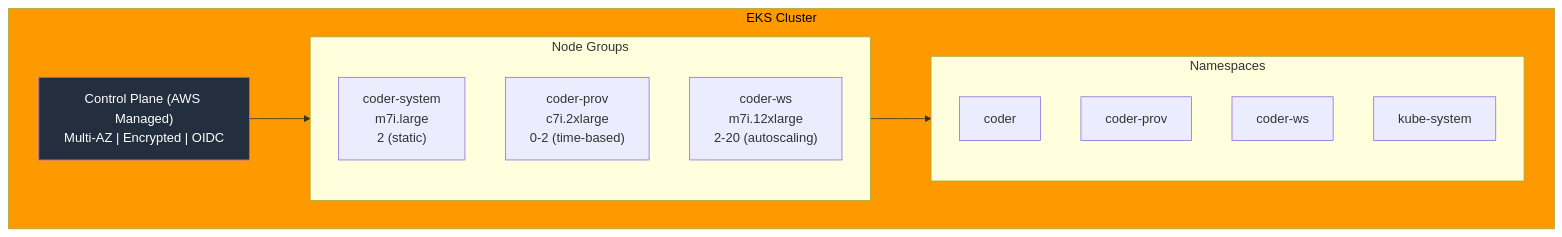
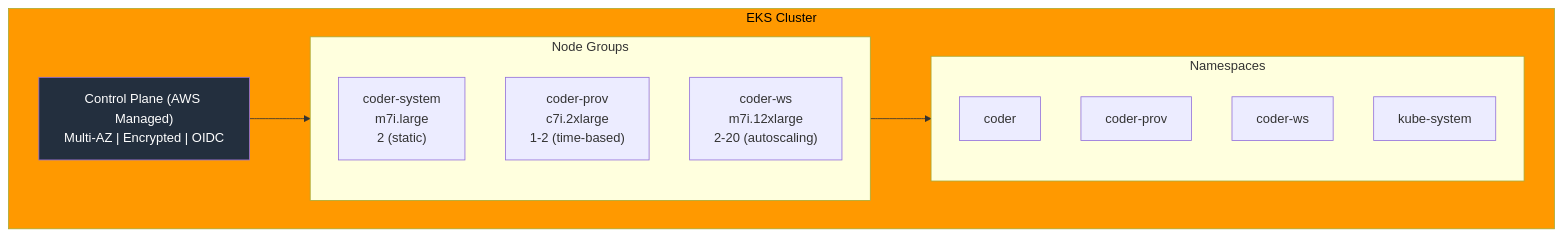
One commit to ausbru87/coder-deployment-guide-aws changed the fourth of 6 diagrams in deployment-guide/architecture/diagrams.md. Above: the diagram before and after it, drawn with Mermaid. The commit also changed other lines of this file and 1 other file, not shown here.

Commit message:
Update coder-prov: min 0→1, nodes 2→1

````diff
--- a/deployment-guide/architecture/diagrams.md
+++ b/deployment-guide/architecture/diagrams.md
@@ -292,24 +292,24 @@
 ```mermaid
 flowchart TB
     subgraph EKS["EKS Cluster"]
         CP["Control Plane (AWS Managed)<br/>Multi-AZ | Encrypted | OIDC"]
         
         subgraph Nodes["Node Groups"]
             system["coder-system<br/>m7i.large<br/>2 (static)"]
-            prov["coder-prov<br/>c7i.2xlarge<br/>0-2 (time-based)"]
+            prov["coder-prov<br/>c7i.2xlarge<br/>1-2 (time-based)"]
             ws["coder-ws<br/>m7i.12xlarge<br/>2-20 (autoscaling)"]
         end
         
         subgraph NS["Namespaces"]
             ns_coder["coder"]
             ns_prov["coder-prov"]
             ns_ws["coder-ws"]
             ns_sys["kube-system"]
         end
     end
     
     CP --> Nodes --> NS
     
     style EKS fill:#ff9900,color:#000
     style CP fill:#232f3e,color:#fff
 ```
````
